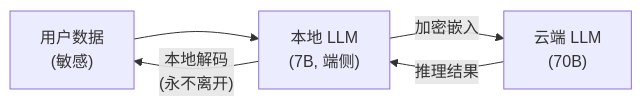
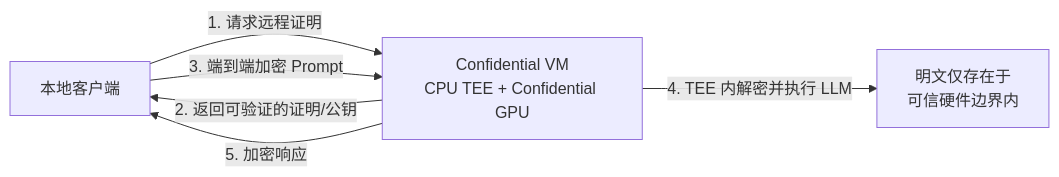
The second of 2 diagrams in 28_端侧与边缘LLM.md (BeefWrap4/LLM-Knowledge-Base), drawn with Mermaid before and after one commit. The commit also changed other lines of this file and 454 other files, not shown here.

````diff
--- a/28_端侧与边缘LLM.md
+++ b/28_端侧与边缘LLM.md
@@ -183,7 +186,8 @@
 ```mermaid
 graph LR
-    A["用户数据<br/>(敏感)"] --> B["本地 LLM<br/>(7B, 端侧)"]
-    B -->|"加密嵌入"| C["云端 LLM<br/>(70B)"]
-    C -->|"推理结果"| B
-    B -->|"本地解码<br/>(永不离开)"| A
+    A["本地客户端"] -->|"1. 请求远程证明"| B["Confidential VM<br/>CPU TEE + Confidential GPU"]
+    B -->|"2. 返回可验证的证明/公钥"| A
+    A -->|"3. 端到端加密 Prompt"| B
+    B -->|"4. TEE 内解密并执行 LLM"| C["明文仅存在于<br/>可信硬件边界内"]
+    B -->|"5. 加密响应"| A
 ```
````
